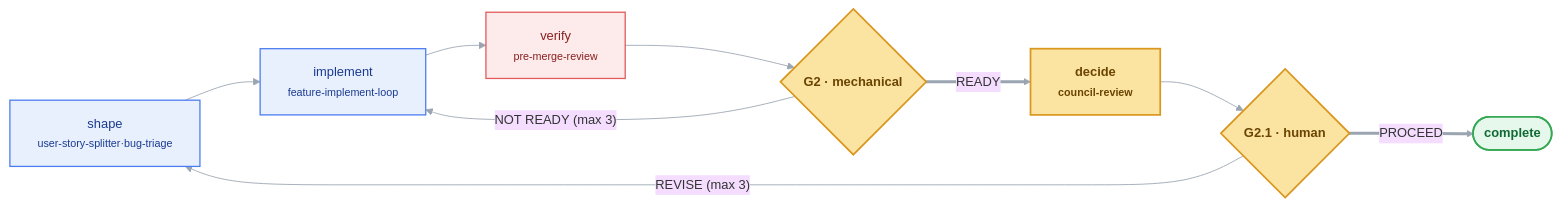
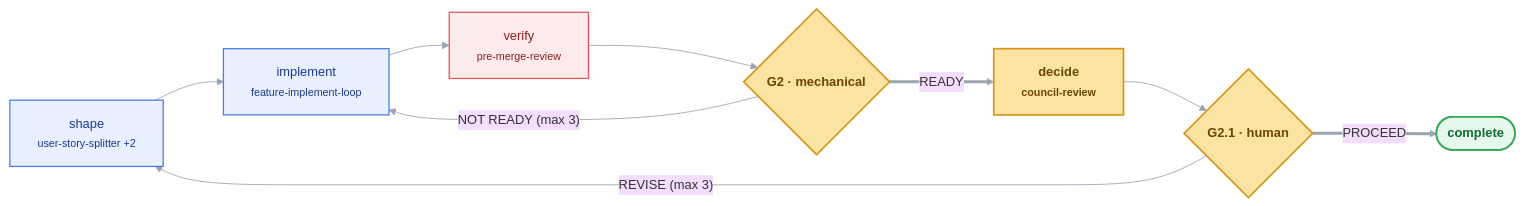
One commit to sananthanarayan/skilldrop changed the diagram in docs/loops/build.mmd. Above: the diagram before and after it, drawn with Mermaid. The commit also changed 298 other files, not shown here.

```diff
--- a/docs/loops/build.mmd
+++ b/docs/loops/build.mmd
@@ -1,24 +1,24 @@
 %%{init: {'theme':'base','themeVariables':{'fontFamily':'Segoe UI, Helvetica, Arial','fontSize':'15px','lineColor':'#9AA5B1'},'flowchart':{'curve':'basis','rankSpacing':70,'nodeSpacing':50,'padding':16}}}%%
 flowchart LR
     classDef gen    fill:#E8F0FE,stroke:#4C7DF0,stroke-width:1.5px,color:#1A3A8F;
     classDef review fill:#FDEAEA,stroke:#E05B5B,stroke-width:1.5px,color:#8A1F1F;
     classDef gate   fill:#FBE3A2,stroke:#D9971E,stroke-width:2px,color:#6B4500,font-weight:bold;
     classDef ship   fill:#E6F7EC,stroke:#34A853,stroke-width:2px,color:#0F6B33,font-weight:bold;
 
-    shape["shape<br/><small>user-story-splitter·bug-triage</small>"]:::gen
+    shape["shape<br/><small>user-story-splitter +2</small>"]:::gen
     implement["implement<br/><small>feature-implement-loop</small>"]:::gen
     verify["verify<br/><small>pre-merge-review</small>"]:::review
     decide["decide<br/><small>council-review</small>"]:::gate
     G2{"G2 · mechanical"}:::gate
     G2_1{"G2.1 · human"}:::gate
     DONE(["complete"]):::ship
 
     shape --> implement
     implement --> verify
     verify --> G2
     G2 == "READY" ==> decide
     decide --> G2_1
     G2_1 == "PROCEED" ==> DONE
 
     G2 -- "NOT READY (max 3)" --> implement
     G2_1 -- "REVISE (max 3)" --> shape
```
